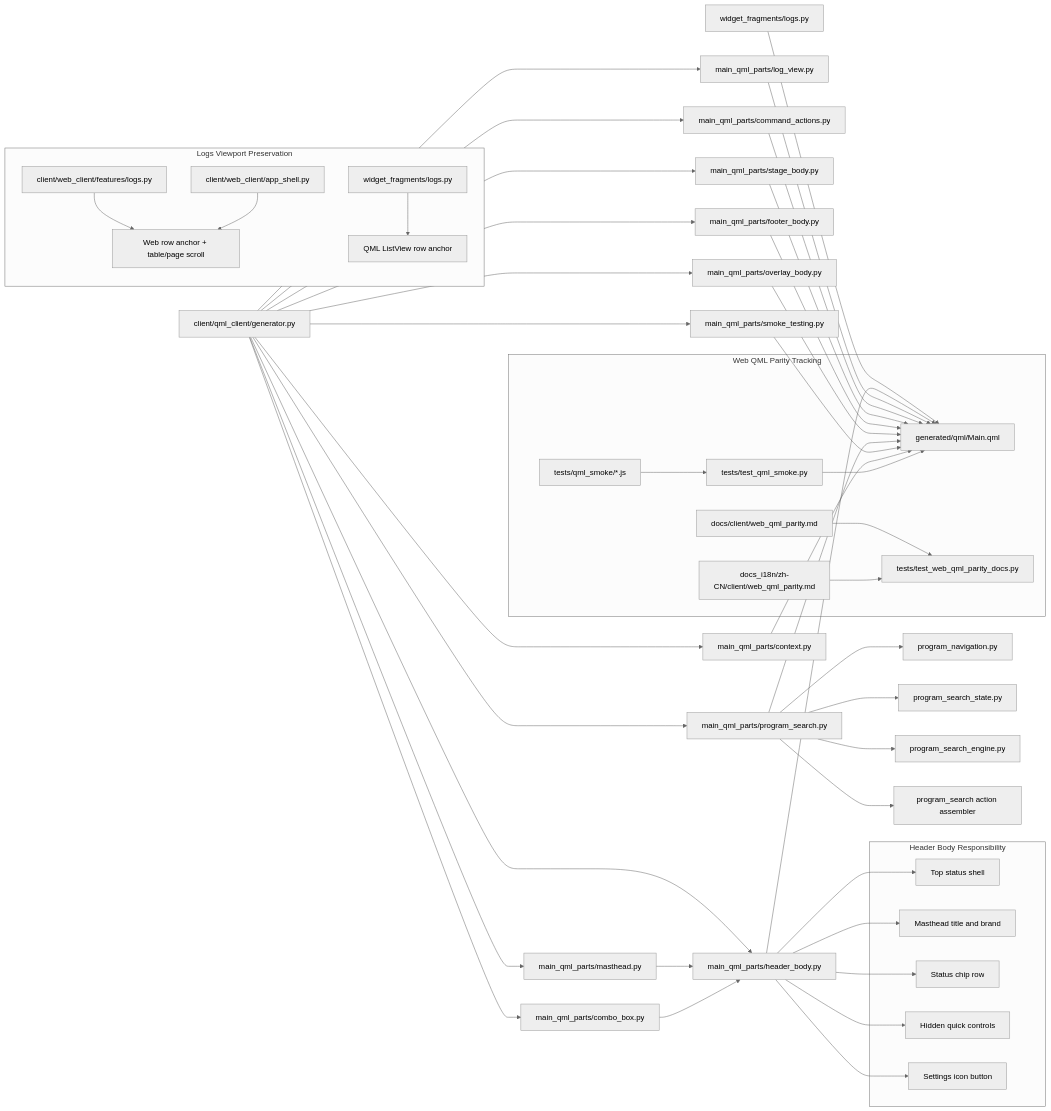
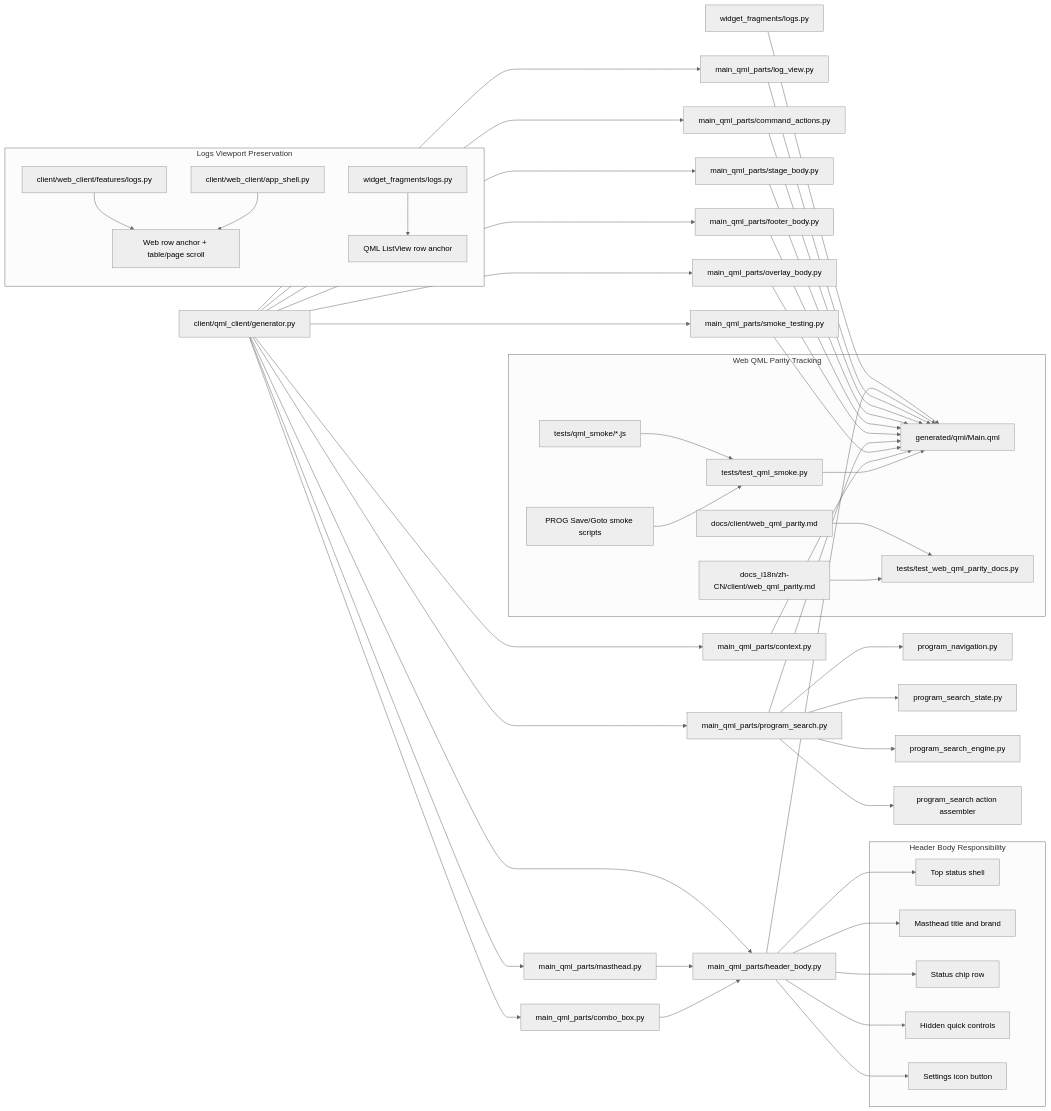
The diagram in 2026-05-11-codex-session/architecture-diagram.md (luppiterw/metanc_hmi_dsl_reports), drawn with Mermaid (neutral theme) before and after one commit. The commit also changed 17 other files, not shown here.

Commit message:
docs: update 2026-05-11 PROG smoke report

````diff
--- a/2026-05-11-codex-session/architecture-diagram.md
+++ b/2026-05-11-codex-session/architecture-diagram.md
@@ -3,66 +3,68 @@
 ```mermaid
 flowchart LR
     G[client/qml_client/generator.py]
     G --> H[main_qml_parts/header_body.py]
     G --> S[main_qml_parts/stage_body.py]
     G --> F[main_qml_parts/footer_body.py]
     G --> O[main_qml_parts/overlay_body.py]
     G --> C[main_qml_parts/context.py]
     G --> M[main_qml_parts/masthead.py]
     G --> CB[main_qml_parts/combo_box.py]
     G --> PS[main_qml_parts/program_search.py]
     G --> SM[main_qml_parts/smoke_testing.py]
     G --> LV[main_qml_parts/log_view.py]
     G --> CA[main_qml_parts/command_actions.py]
     WG[widget_fragments/logs.py] --> QML
     PS --> PN[program_navigation.py]
     PS --> PSS[program_search_state.py]
     PS --> PSE[program_search_engine.py]
     PS --> PSA[program_search action assembler]
     H --> QML[generated/qml/Main.qml]
     LV --> QML
     CA --> QML
     S --> QML
     F --> QML
     O --> QML
     PS --> QML
     SM --> QML
     C --> QML
     M --> H
     CB --> H
 
     subgraph Web QML Parity Tracking
         PARDOC[docs/client/web_qml_parity.md]
         PARZH[docs_i18n/zh-CN/client/web_qml_parity.md]
         PARTST[tests/test_web_qml_parity_docs.py]
         QSMOKE[tests/test_qml_smoke.py]
         QSCRIPTS[tests/qml_smoke/*.js]
+        QPROG[PROG Save/Goto smoke scripts]
         PARDOC --> PARTST
         PARZH --> PARTST
         QSCRIPTS --> QSMOKE
+        QPROG --> QSMOKE
         QSMOKE --> QML
     end
 
     subgraph Header Body Responsibility
         H1[Top status shell]
         H2[Masthead title and brand]
         H3[Status chip row]
         H4[Hidden quick controls]
         H5[Settings icon button]
     end
 
     H --> H1
     H --> H2
     H --> H3
     H --> H4
     H --> H5
 
     subgraph Logs Viewport Preservation
         WLOG[client/web_client/features/logs.py]
         WSHELL[client/web_client/app_shell.py]
         QLOG[widget_fragments/logs.py]
         WLOG --> WANCHOR[Web row anchor + table/page scroll]
         WSHELL --> WANCHOR
         QLOG --> QANCHOR[QML ListView row anchor]
     end
 ```
````
